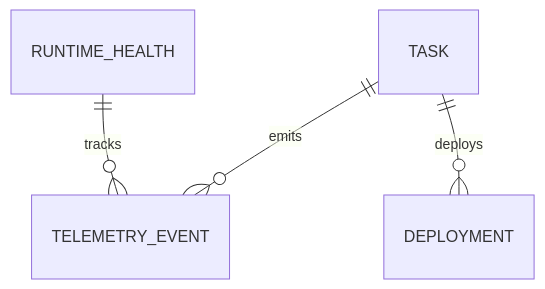
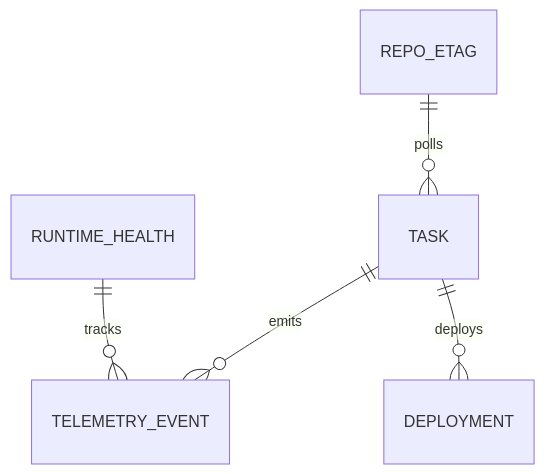
Before and after one commit to brenoacker/agentic-factory: the second of 2 diagrams in .specs/features/playwright-e2e-and-ticket-matrix/plan.md, drawn with Mermaid. The commit also changed other lines of this file and 10 other files, not shown here.

````diff
--- a/.specs/features/playwright-e2e-and-ticket-matrix/plan.md
+++ b/.specs/features/playwright-e2e-and-ticket-matrix/plan.md
@@ -44,6 +50,7 @@
 ```mermaid
 erDiagram
+    REPO_ETAG ||--o{ TASK : "polls"
     TASK ||--o{ TELEMETRY_EVENT : "emits"
     TASK ||--o{ DEPLOYMENT : "deploys"
     RUNTIME_HEALTH ||--o{ TELEMETRY_EVENT : "tracks"
 ```
````
